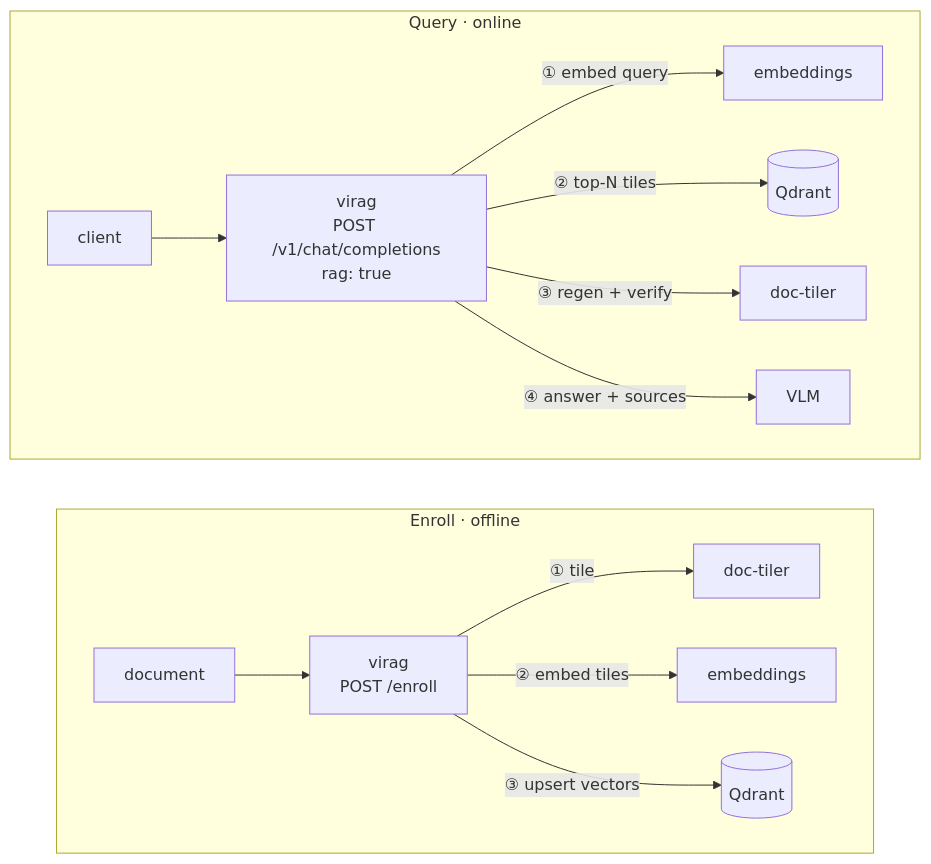
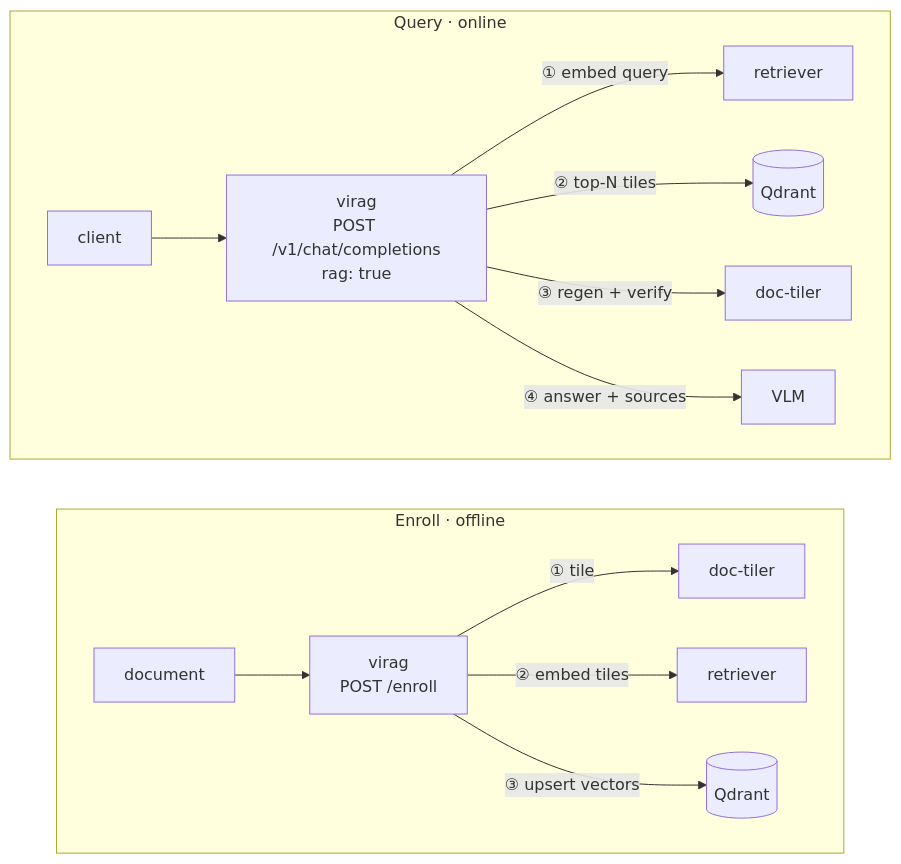
The diagram in README.md (dukagaduka/virag), drawn with Mermaid before and after one commit. The commit also changed other lines of this file and 31 other files, not shown here.

Commit message:
[refactor] Total rename of 'embeddings' to 'retriever'. Clients, servieces, general naming and etc.

````diff
--- a/README.md
+++ b/README.md
@@ -21,19 +21,19 @@
 ```mermaid
 flowchart LR
     subgraph enroll["Enroll · offline"]
         direction LR
         D[document] --> VE["virag<br/>POST /enroll"]
         VE -->|"① tile"| TE[doc-tiler]
-        VE -->|"② embed tiles"| EE[embeddings]
+        VE -->|"② embed tiles"| EE[retriever]
         VE -->|"③ upsert vectors"| QE[(Qdrant)]
     end
 
     subgraph query["Query · online"]
         direction LR
         C[client] --> VQ["virag<br/>POST /v1/chat/completions<br/>rag: true"]
-        VQ -->|"① embed query"| EQ[embeddings]
+        VQ -->|"① embed query"| EQ[retriever]
         VQ -->|"② top-N tiles"| QQ[(Qdrant)]
         VQ -->|"③ regen + verify"| TQ[doc-tiler]
         VQ -->|"④ answer + sources"| MQ[VLM]
     end
 ```
````
